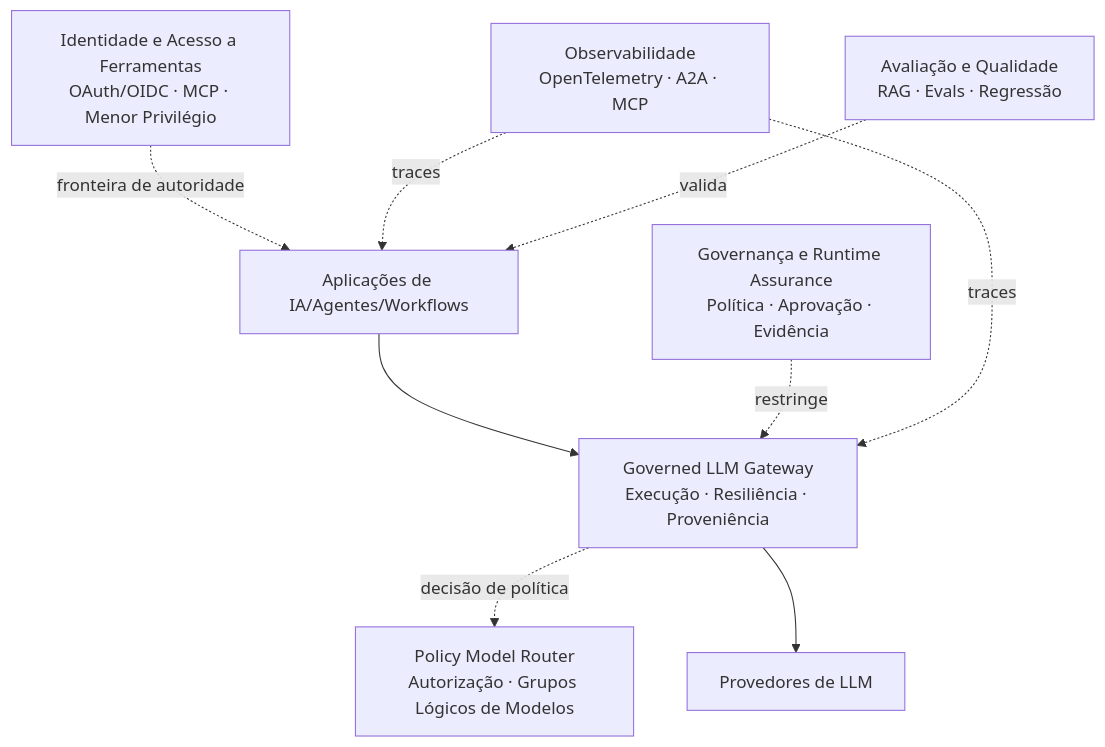
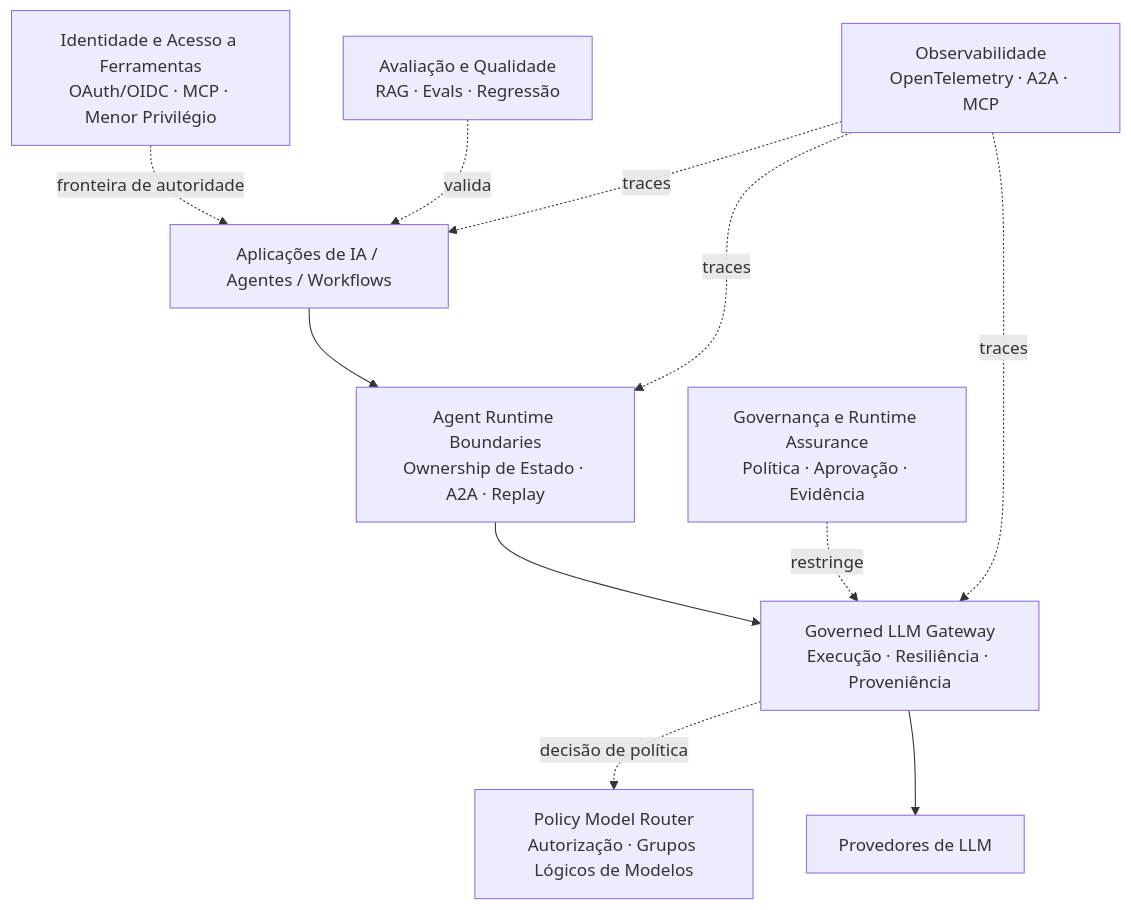
The diagram in README.pt-BR.md (brunovicco/brunovicco), drawn with Mermaid before and after one commit. The commit also changed other lines of this file and 3 other files, not shown here.

First line of the commit message:
docs: add agent runtime boundaries to portfolio

````diff
--- a/README.pt-BR.md
+++ b/README.pt-BR.md
@@ -55,23 +56,26 @@
 ```mermaid
 flowchart TB
-    Apps["Aplicações de IA/Agentes/Workflows"]
+    Apps["Aplicações de IA / Agentes / Workflows"]
 
     Gateway["Governed LLM Gateway<br/>Execução · Resiliência · Proveniência"]
     Router["Policy Model Router<br/>Autorização · Grupos Lógicos de Modelos"]
     Providers["Provedores de LLM"]
 
+    Boundaries["Agent Runtime Boundaries<br/>Ownership de Estado · A2A · Replay"]
     Governance["Governança e Runtime Assurance<br/>Política · Aprovação · Evidência"]
     Identity["Identidade e Acesso a Ferramentas<br/>OAuth/OIDC · MCP · Menor Privilégio"]
     Observability["Observabilidade<br/>OpenTelemetry · A2A · MCP"]
     Evaluation["Avaliação e Qualidade<br/>RAG · Evals · Regressão"]
 
-    Apps --> Gateway
+    Apps --> Boundaries
+    Boundaries --> Gateway
     Gateway -. decisão de política .-> Router
     Gateway --> Providers
 
     Governance -. restringe .-> Gateway
     Identity -. fronteira de autoridade .-> Apps
     Observability -. traces .-> Apps
+    Observability -. traces .-> Boundaries
     Observability -. traces .-> Gateway
     Evaluation -. valida .-> Apps
 ```
````
